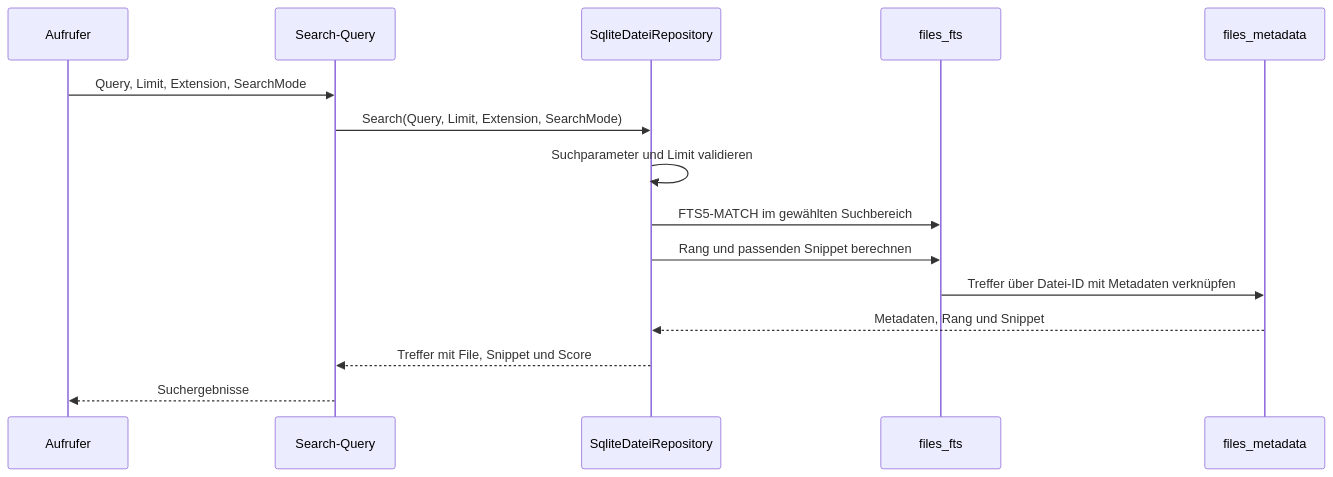
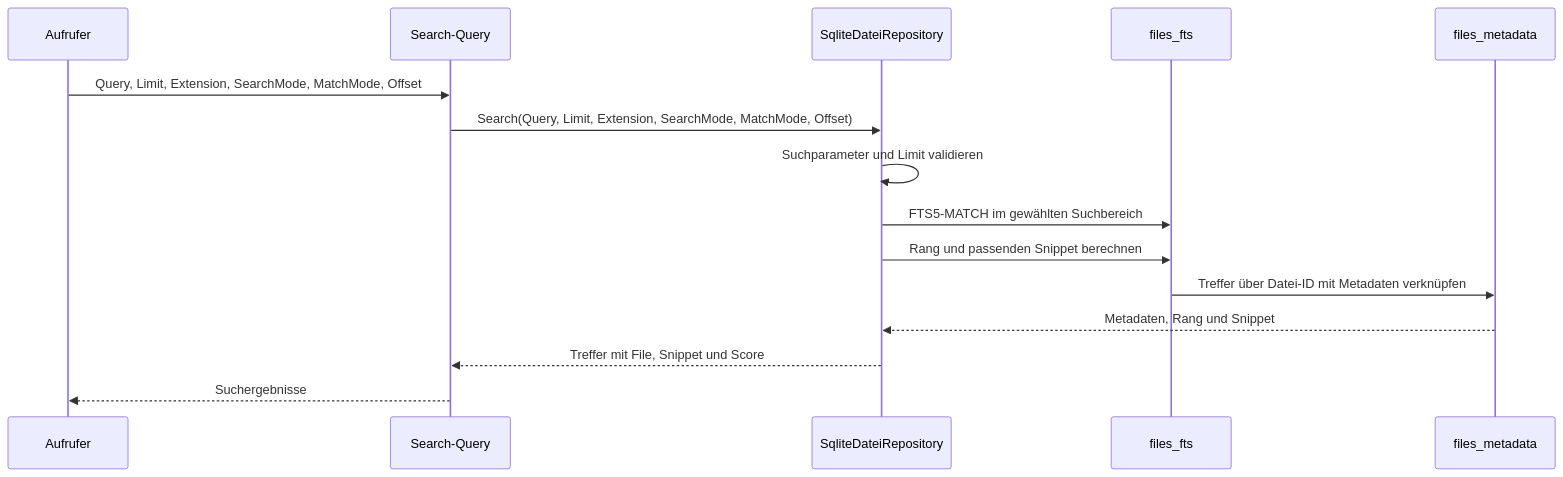
Diagram 11 of 12 in DATABASE.md (Henry-lge/PowerShell-Suchmaschine), drawn with Mermaid before and after one commit. The commit also changed other lines of this file and 3 other files, not shown here.

````diff
--- a/DATABASE.md
+++ b/DATABASE.md
@@ -1050,17 +1050,17 @@
 ```mermaid
 sequenceDiagram
     participant Caller as Aufrufer
     participant Query as Search-Query
     participant Repo as SqliteDateiRepository
     participant FTS as files_fts
     participant Meta as files_metadata
-    Caller->>Query: Query, Limit, Extension, SearchMode
-    Query->>Repo: Search(Query, Limit, Extension, SearchMode)
+    Caller->>Query: Query, Limit, Extension, SearchMode, MatchMode, Offset
+    Query->>Repo: Search(Query, Limit, Extension, SearchMode, MatchMode, Offset)
     Repo->>Repo: Suchparameter und Limit validieren
     Repo->>FTS: FTS5-MATCH im gewählten Suchbereich
     Repo->>FTS: Rang und passenden Snippet berechnen
     FTS->>Meta: Treffer über Datei-ID mit Metadaten verknüpfen
     Meta-->>Repo: Metadaten, Rang und Snippet
     Repo-->>Query: Treffer mit File, Snippet und Score
     Query-->>Caller: Suchergebnisse
 ```
````
